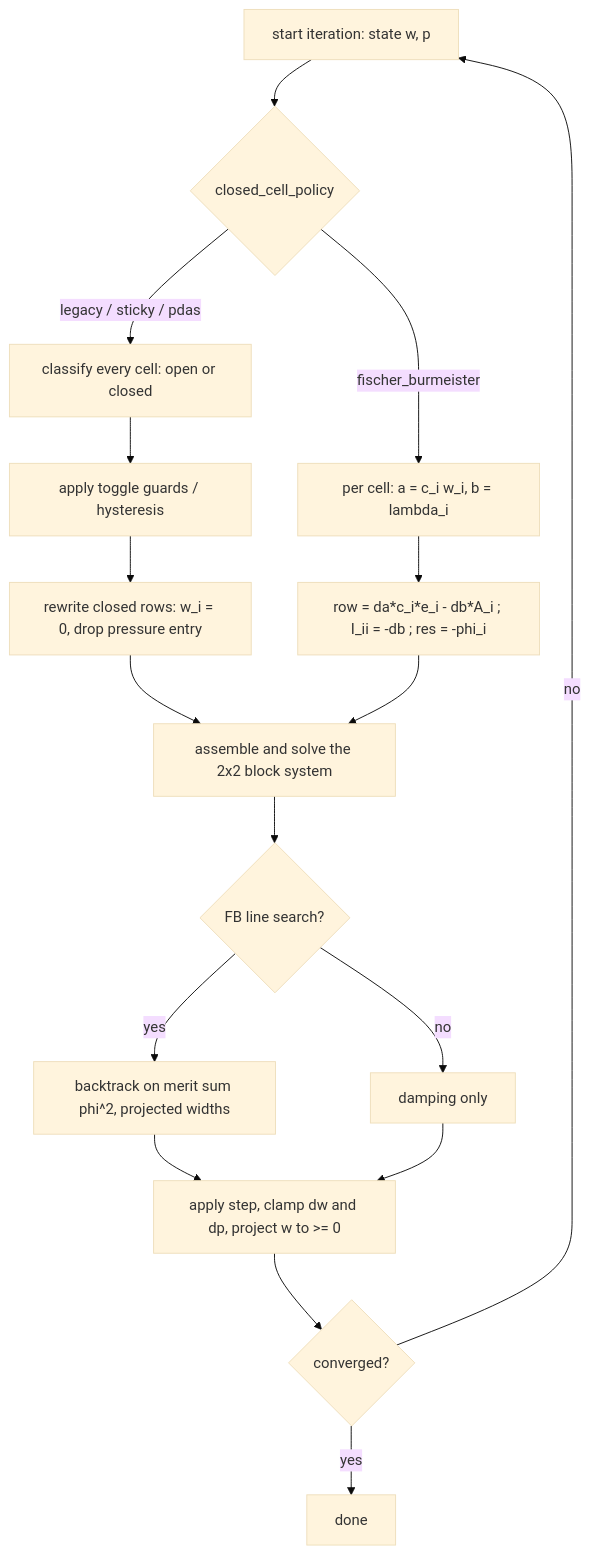
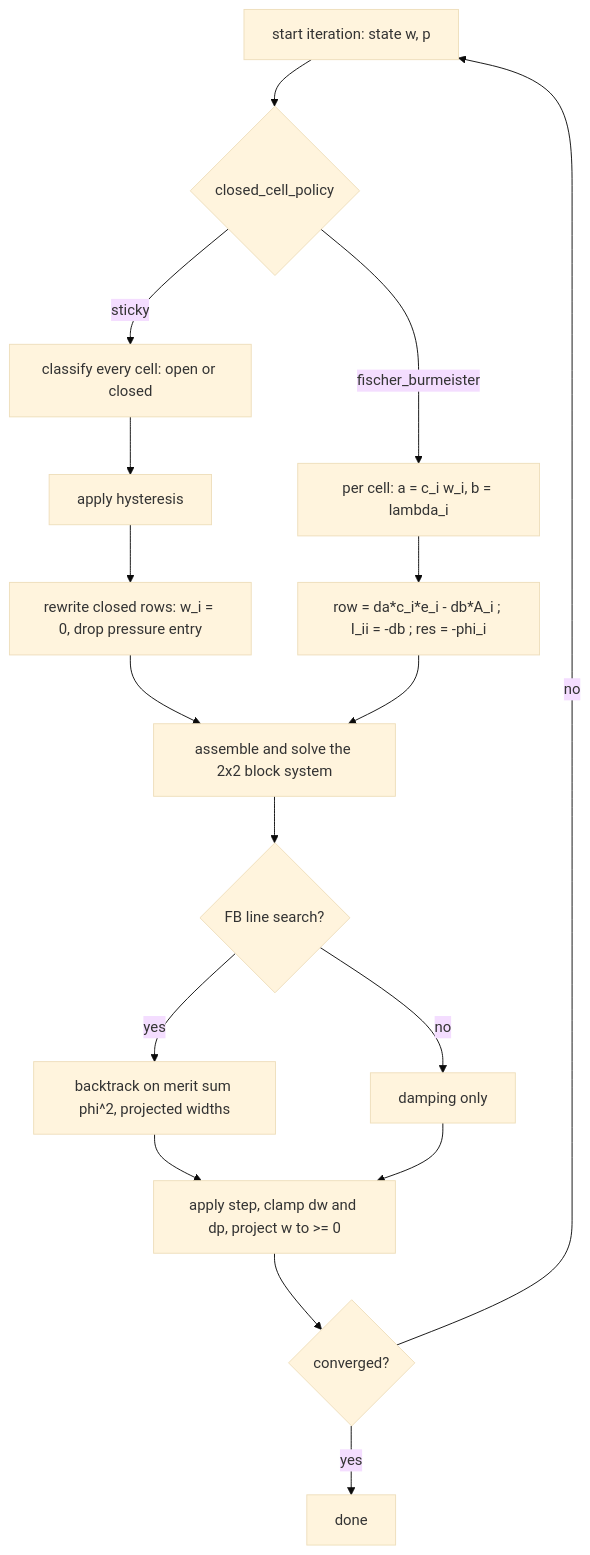
The diagram in opm/geomech/CONTACT_FORMULATIONS.md (hnil/opm-flowgeomechanics), drawn with Mermaid (base theme) before and after one commit. The commit also changed other lines of this file and 40 other files, not shown here.

````diff
--- a/opm/geomech/CONTACT_FORMULATIONS.md
+++ b/opm/geomech/CONTACT_FORMULATIONS.md
@@ -283,22 +283,22 @@
 ```mermaid
 flowchart TD
     S[start iteration: state w, p] --> Q{closed_cell_policy}
 
-    Q -->|legacy / sticky / pdas| C1[classify every cell: open or closed]
-    C1 --> C2[apply toggle guards / hysteresis]
+    Q -->|sticky| C1[classify every cell: open or closed]
+    C1 --> C2[apply hysteresis]
     C2 --> C3["rewrite closed rows: w_i = 0, drop pressure entry"]
     C3 --> L[assemble and solve the 2x2 block system]
 
     Q -->|fischer_burmeister| F1["per cell: a = c_i w_i, b = lambda_i"]
     F1 --> F2["row = da*c_i*e_i - db*A_i ; I_ii = -db ; res = -phi_i"]
     F2 --> L
 
     L --> G{FB line search?}
     G -->|yes| G1["backtrack on merit sum phi^2, projected widths"]
     G -->|no| G2[damping only]
     G1 --> U[apply step, clamp dw and dp, project w to >= 0]
     G2 --> U
     U --> T{converged?}
     T -->|no| S
     T -->|yes| E[done]
 ```
````
